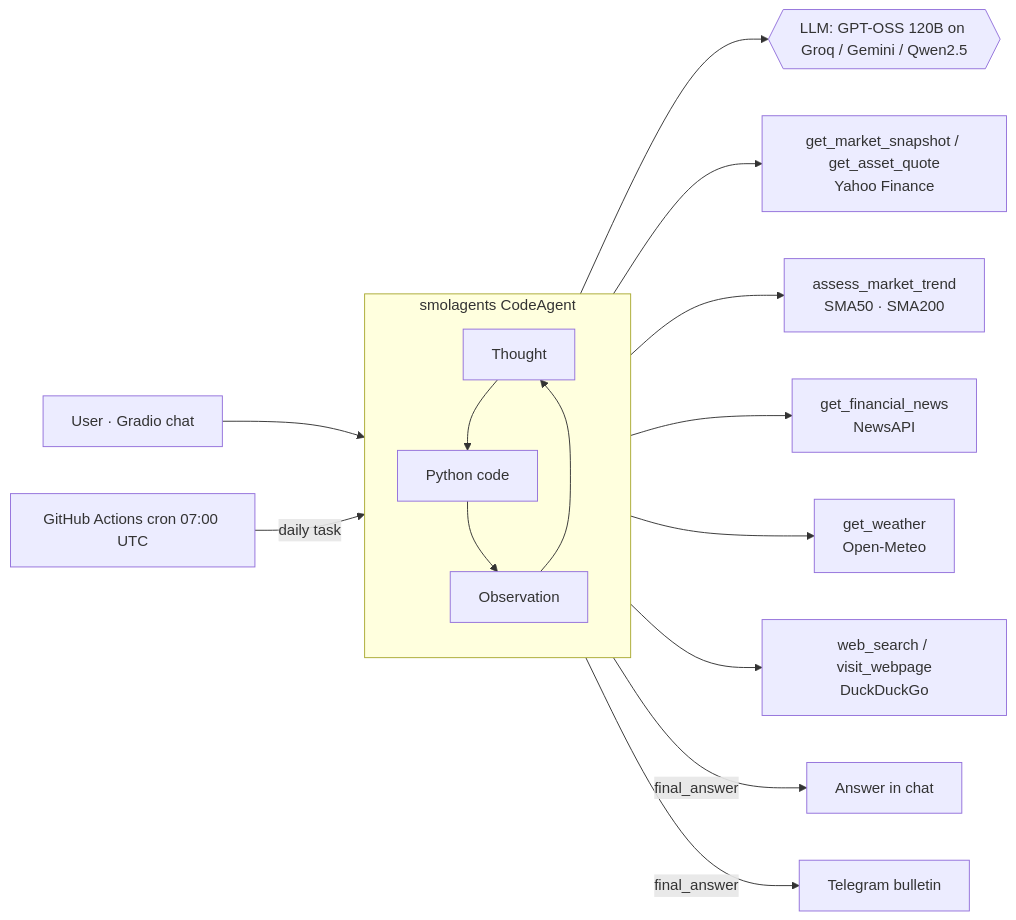
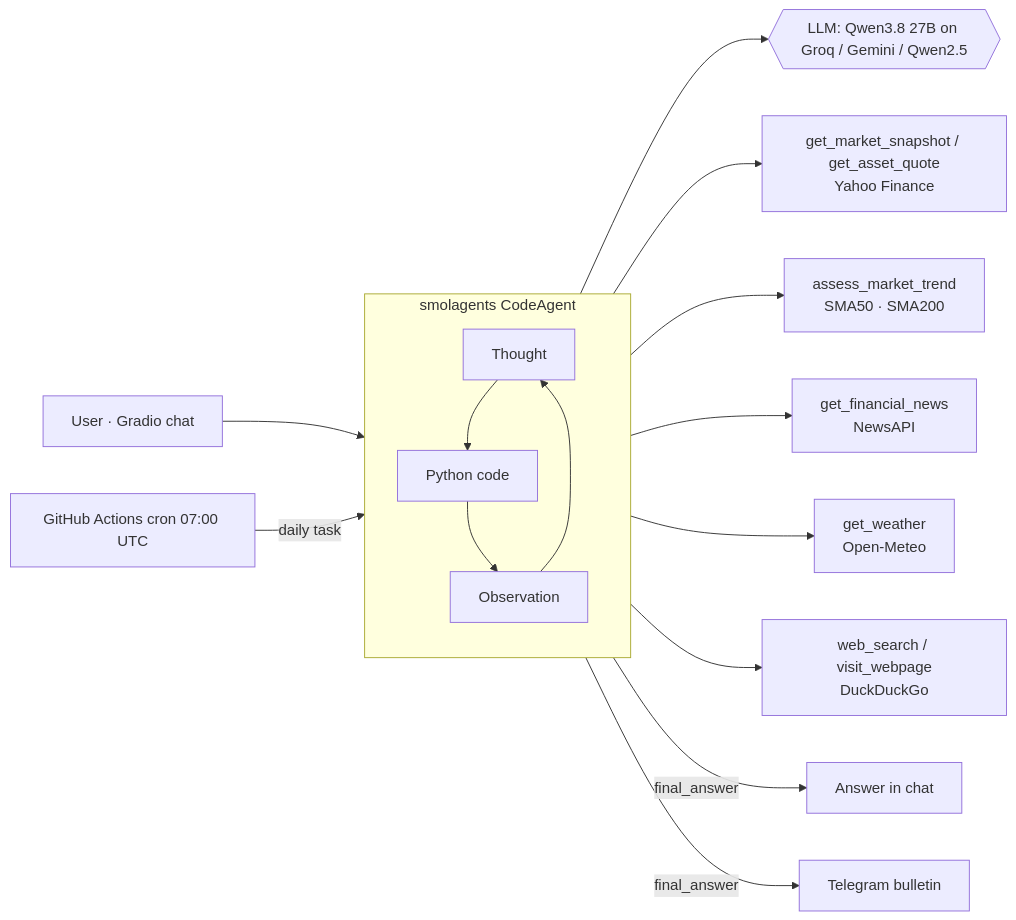
Before and after one commit to rgallegocode/cava-bot: the diagram in README.md, drawn with Mermaid. The commit also changed other lines of this file and 1 other file, not shown here.

First line of the commit message:
Use Qwen3.8 27B on Groq: GPT-OSS emits native tool calls instead of code

````diff
--- a/README.md
+++ b/README.md
@@ -40,17 +40,17 @@
 ```mermaid
 flowchart LR
     U[User · Gradio chat] --> A
     C[GitHub Actions cron 07:00 UTC] -->|daily task| A
     subgraph A[smolagents CodeAgent]
         direction TB
         T[Thought] --> K[Python code] --> O[Observation] --> T
     end
-    A --> M{{LLM: GPT-OSS 120B on Groq / Gemini / Qwen2.5}}
+    A --> M{{LLM: Qwen3.8 27B on Groq / Gemini / Qwen2.5}}
     A --> T1[get_market_snapshot / get_asset_quote<br/>Yahoo Finance]
     A --> T2[assess_market_trend<br/>SMA50 · SMA200]
     A --> T3[get_financial_news<br/>NewsAPI]
     A --> T4[get_weather<br/>Open-Meteo]
     A --> T5[web_search / visit_webpage<br/>DuckDuckGo]
     A -->|final_answer| R[Answer in chat]
     A -->|final_answer| TG[Telegram bulletin]
 ```
````
